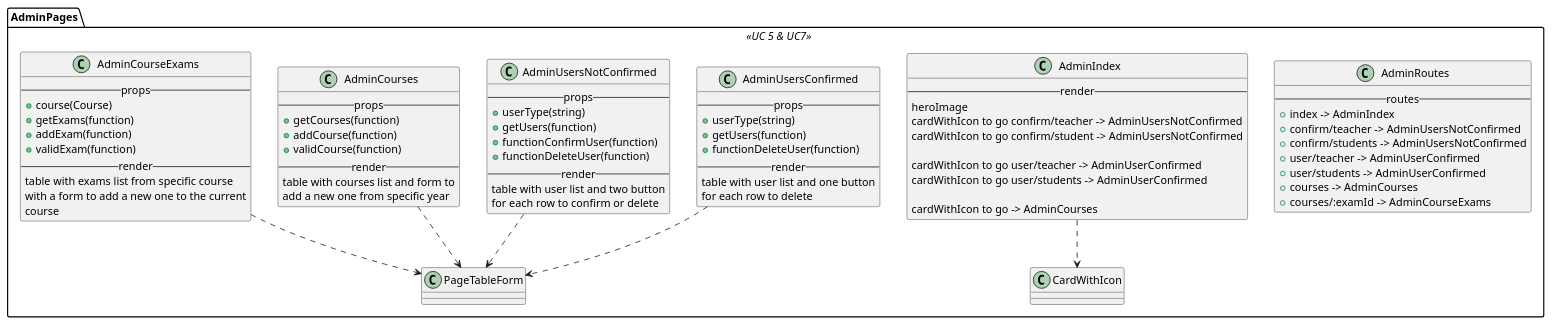
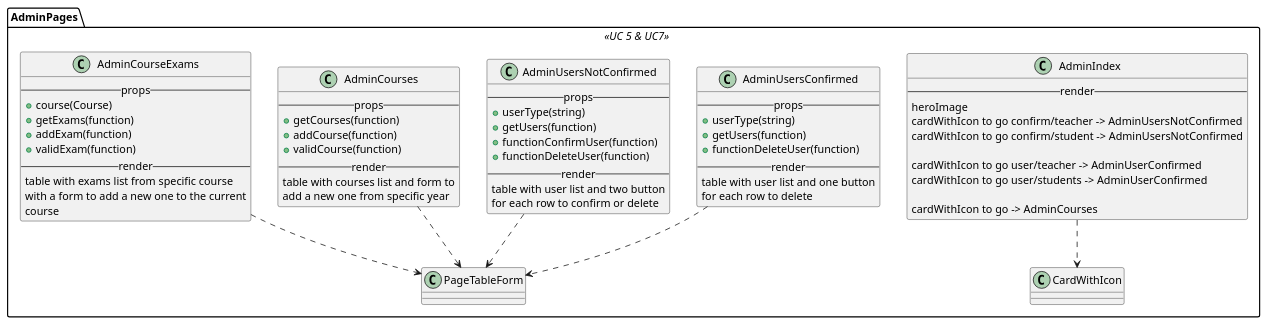
The diagram in react/admin/index.iuml (M9k/Marvin-Uml), drawn with PlantUML before and after one commit. The commit also changed 11 other files, not shown here.

```diff
--- a/react/admin/index.iuml
+++ b/react/admin/index.iuml
@@ -1,74 +1,63 @@
 package AdminPages <<UC 5 & UC7>> {
-
-class AdminRoutes{
---routes--
-+ index -> AdminIndex
-+ confirm/teacher -> AdminUsersNotConfirmed
-+ confirm/students -> AdminUsersNotConfirmed
-+ user/teacher -> AdminUserConfirmed
-+ user/students -> AdminUserConfirmed
-+ courses -> AdminCourses
-+ courses/:examId -> AdminCourseExams
-}
 
 class AdminIndex{
 --render--
     heroImage
     cardWithIcon to go confirm/teacher -> AdminUsersNotConfirmed
     cardWithIcon to go confirm/student -> AdminUsersNotConfirmed
 
     cardWithIcon to go user/teacher -> AdminUserConfirmed
     cardWithIcon to go user/students -> AdminUserConfirmed
 
     cardWithIcon to go -> AdminCourses
 }
 AdminIndex ..> CardWithIcon
 
 class AdminUsersConfirmed{
     --props--
         + userType(string)
         + getUsers(function)
         + functionDeleteUser(function)
     --render--
         table with user list and one button
         for each row to delete
 }
 AdminUsersConfirmed ..> PageTableForm
 
 class AdminUsersNotConfirmed{
     --props--
         + userType(string)
         + getUsers(function)
         + functionConfirmUser(function)
         + functionDeleteUser(function)
     --render--
         table with user list and two button
         for each row to confirm or delete
 }
 AdminUsersNotConfirmed ..> PageTableForm
 
 class AdminCourses{
     --props--
         + getCourses(function)
         + addCourse(function)
         + validCourse(function)
     --render--
         table with courses list and form to
         add a new one from specific year
 }
 AdminCourses ..> PageTableForm
 
 class AdminCourseExams{
     --props--
         + course(Course)
         + getExams(function)
         + addExam(function)
         + validExam(function)
     --render--
         table with exams list from specific course
         with a form to add a new one to the current
         course
 }
 AdminCourseExams ..> PageTableForm
 
 }
```
